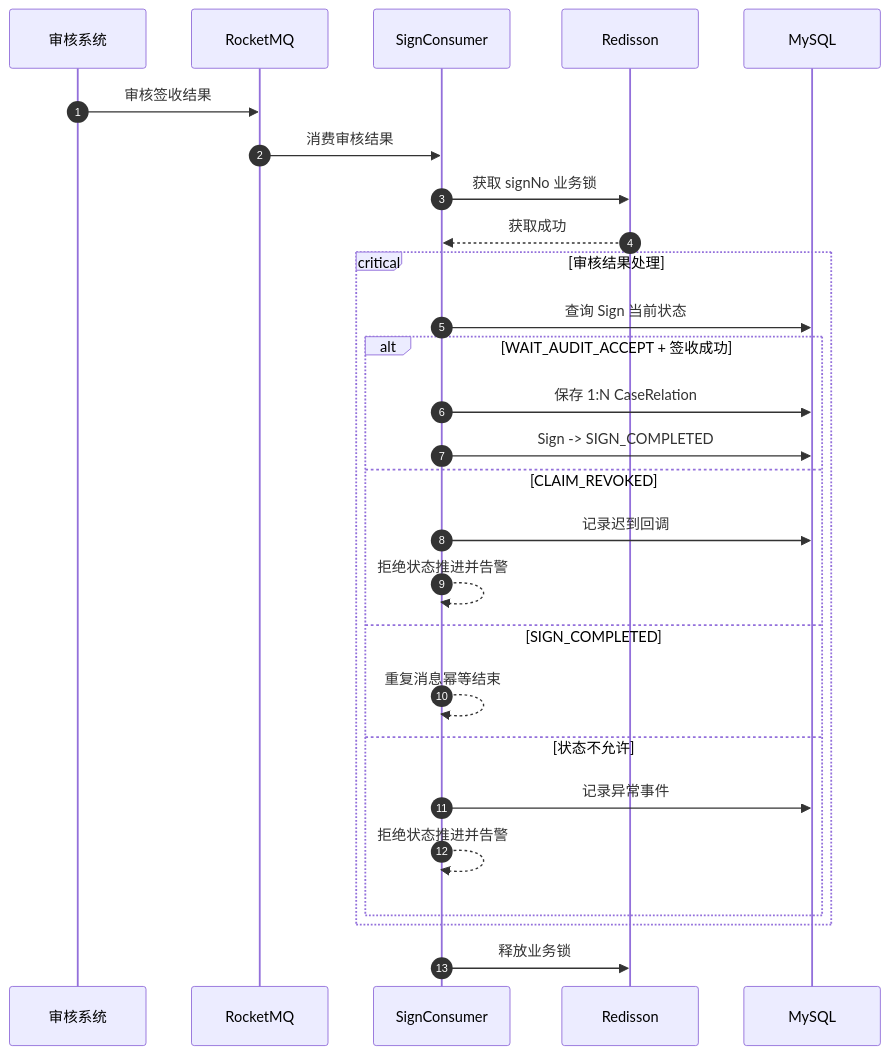
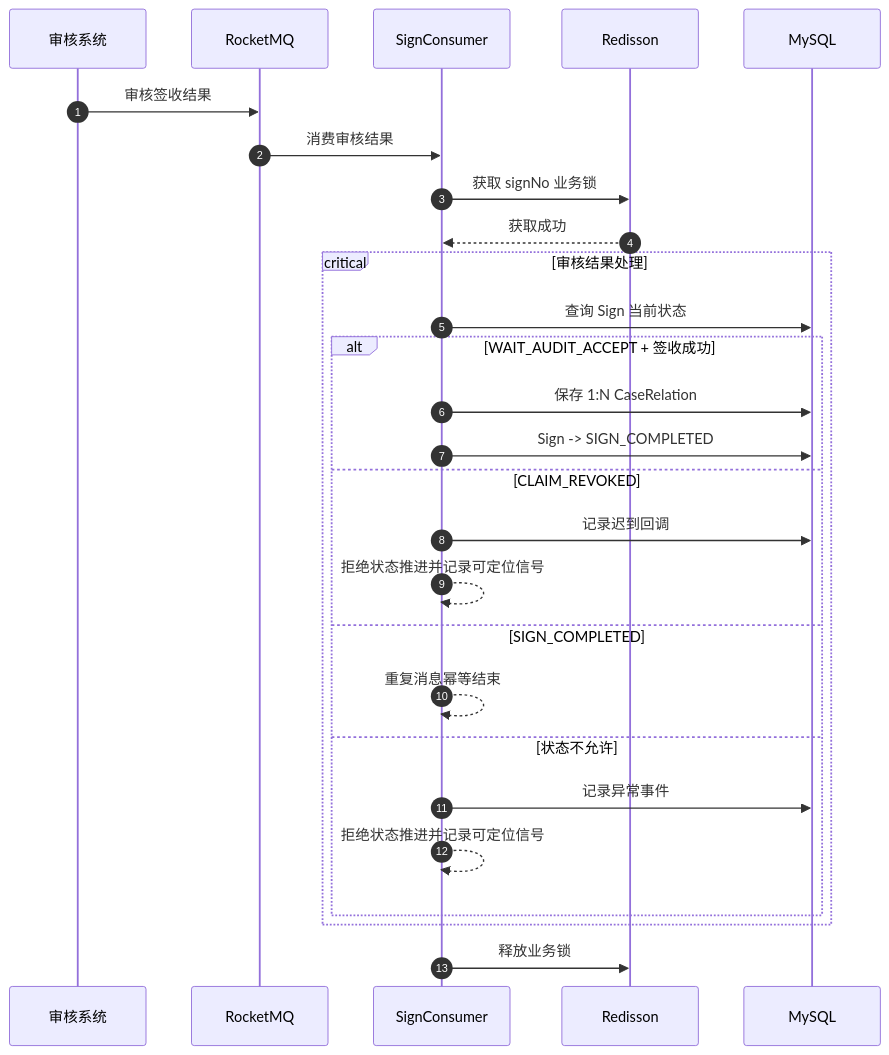
Before and after one commit to wangguangwu/claim-platform: the seventh of 10 diagrams in docs/architecture/claim-sign-service.md, drawn with Mermaid. The commit also changed other lines of this file and 21 other files, not shown here.

````diff
--- a/docs/architecture/claim-sign-service.md
+++ b/docs/architecture/claim-sign-service.md
@@ -504,38 +520,38 @@
 ```mermaid
 sequenceDiagram
     autonumber
 
     participant A as 审核系统
     participant MQ as RocketMQ
     participant C as SignConsumer
     participant L as Redisson
     participant DB as MySQL
 
     A->>MQ: 审核签收结果
     MQ->>C: 消费审核结果
 
     C->>L: 获取 signNo 业务锁
     L-->>C: 获取成功
 
     critical 审核结果处理
         C->>DB: 查询 Sign 当前状态
 
         alt WAIT_AUDIT_ACCEPT + 签收成功
             C->>DB: 保存 1:N CaseRelation
             C->>DB: Sign -> SIGN_COMPLETED
 
         else CLAIM_REVOKED
             C->>DB: 记录迟到回调
-            C-->>C: 拒绝状态推进并告警
+            C-->>C: 拒绝状态推进并记录可定位信号
 
         else SIGN_COMPLETED
             C-->>C: 重复消息幂等结束
 
         else 状态不允许
             C->>DB: 记录异常事件
-            C-->>C: 拒绝状态推进并告警
+            C-->>C: 拒绝状态推进并记录可定位信号
         end
     end
 
     C->>L: 释放业务锁
 ```
````
